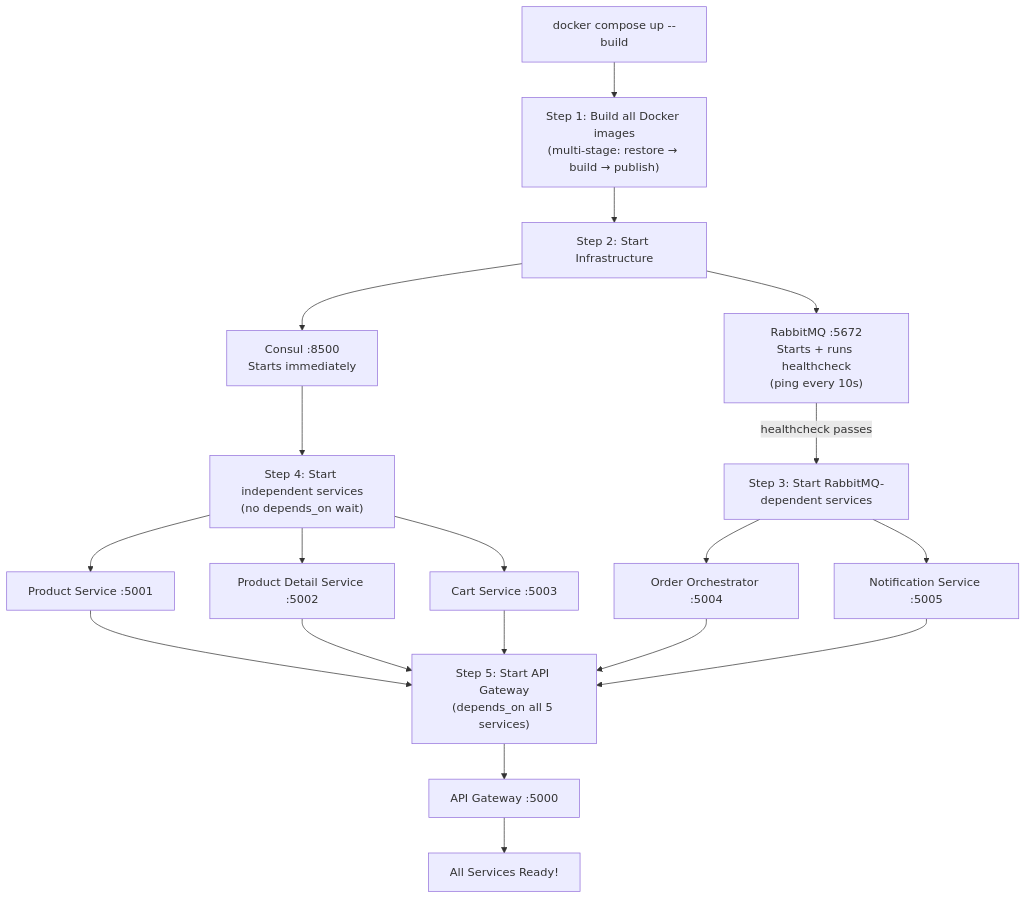
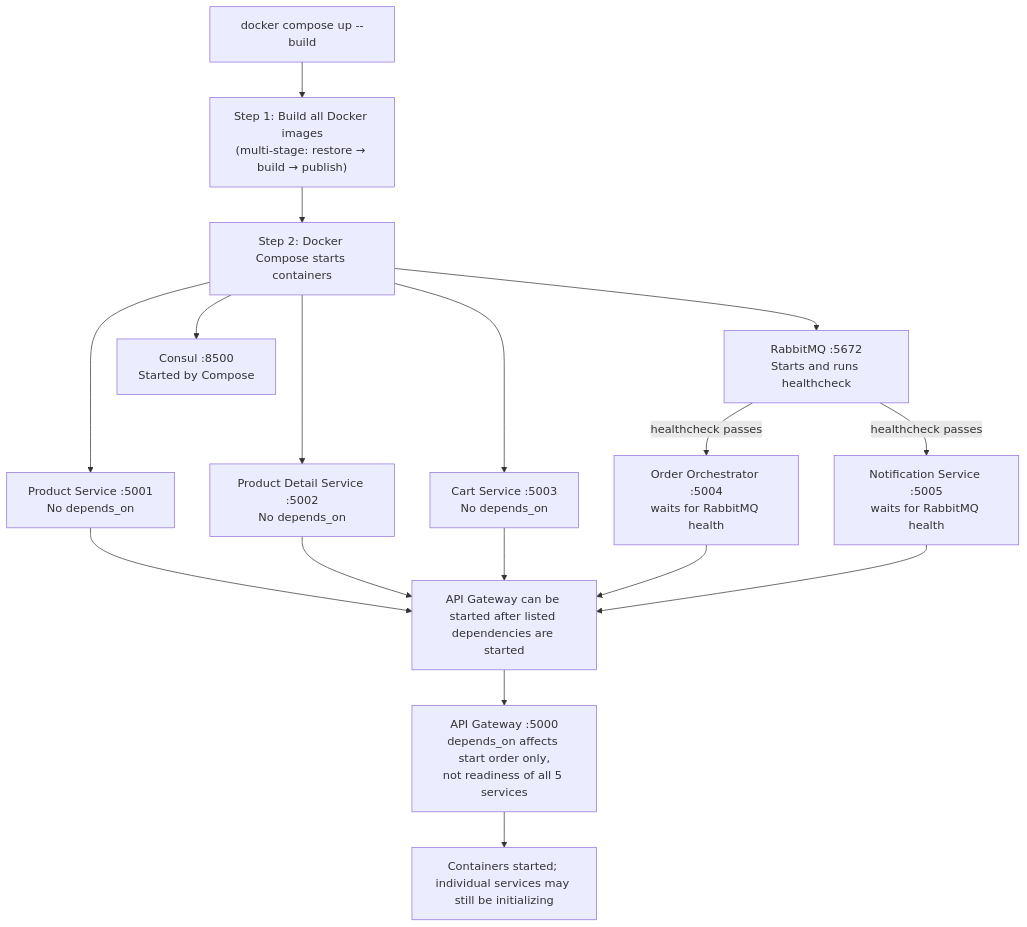
Before and after one commit to AnujKumar1995/Ecomm.BackendSystem_dotnet: diagram 36 of 50 in docs/APPLICATION_ARCHITECTURE.md, drawn with Mermaid. The commit also changed other lines of this file, not shown here.

Commit message:
Update docs/APPLICATION_ARCHITECTURE.md
updated

````diff
--- a/docs/APPLICATION_ARCHITECTURE.md
+++ b/docs/APPLICATION_ARCHITECTURE.md
@@ -977,26 +977,24 @@
 ```mermaid
 graph TD
     A["docker compose up --build"] --> B["Step 1: Build all Docker images<br/>(multi-stage: restore → build → publish)"]
-    B --> C["Step 2: Start Infrastructure"]
+    B --> C["Step 2: Docker Compose starts containers"]
 
-    C --> RMQ["RabbitMQ :5672<br/>Starts + runs healthcheck<br/>(ping every 10s)"]
-    C --> CONSUL["Consul :8500<br/>Starts immediately"]
+    C --> RMQ["RabbitMQ :5672<br/>Starts and runs healthcheck"]
+    C --> CONSUL["Consul :8500<br/>Started by Compose"]
+    C --> PS["Product Service :5001<br/>No depends_on"]
+    C --> PDS["Product Detail Service :5002<br/>No depends_on"]
+    C --> CS["Cart Service :5003<br/>No depends_on"]
 
-    RMQ -->|"healthcheck passes"| D["Step 3: Start RabbitMQ-dependent services"]
-    D --> OO["Order Orchestrator :5004"]
-    D --> NS["Notification Service :5005"]
+    RMQ -->|"healthcheck passes"| OO["Order Orchestrator :5004<br/>waits for RabbitMQ health"]
+    RMQ -->|"healthcheck passes"| NS["Notification Service :5005<br/>waits for RabbitMQ health"]
 
-    CONSUL --> E["Step 4: Start independent services<br/>(no depends_on wait)"]
-    E --> PS["Product Service :5001"]
-    E --> PDS["Product Detail Service :5002"]
-    E --> CS["Cart Service :5003"]
+    PS --> GWSTART["API Gateway can be started after listed dependencies are started"]
+    PDS --> GWSTART
+    CS --> GWSTART
+    OO --> GWSTART
+    NS --> GWSTART
 
-    PS --> F["Step 5: Start API Gateway<br/>(depends_on all 5 services)"]
-    PDS --> F
-    CS --> F
-    OO --> F
-    NS --> F
-    F --> GW["API Gateway :5000"]
+    GWSTART --> GW["API Gateway :5000<br/>depends_on affects start order only,<br/>not readiness of all 5 services"]
 
-    GW --> G["All Services Ready!"]
+    GW --> G["Containers started; individual services may still be initializing"]
 ```
````
